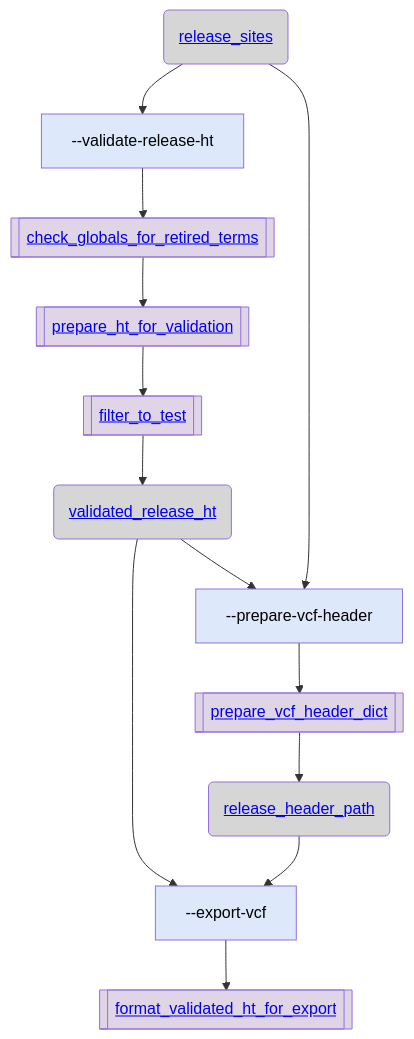
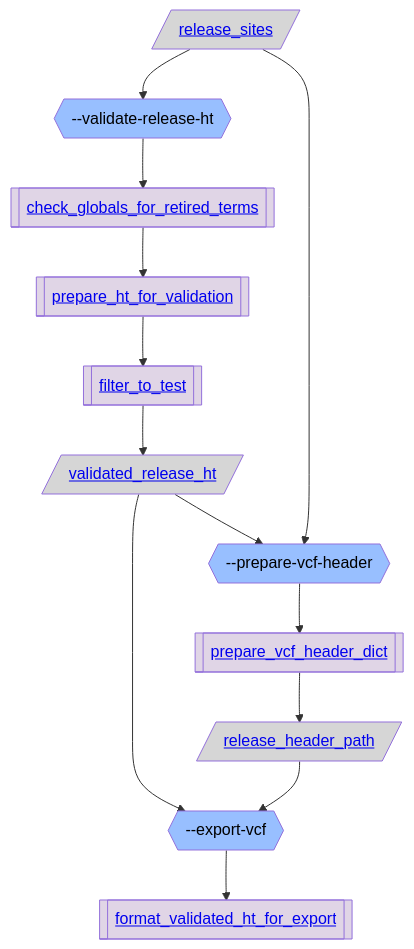
Before and after one commit to broadinstitute/gnomad_qc: the third of 3 diagrams in gnomad_qc/v4/create_release/README.md, drawn with Mermaid. The commit also changed other lines of this file and 4 other files, not shown here.

````diff
--- a/gnomad_qc/v4/create_release/README.md
+++ b/gnomad_qc/v4/create_release/README.md
@@ -97,34 +97,34 @@
 ```mermaid
 flowchart TB;
   classDef script_color fill:#2C5D4A,color:#000000
-  classDef step_color fill:#DDE9FB,color:#000000
+  classDef step_color fill:#98BFFF,color:#000000
   classDef func_color fill:#E0D5E6,color:#000000
   classDef gnomad_methods_color fill:#F9F2CE,color:#000000
   classDef hail_color fill:#FAEACE,color:#000000
   classDef resource_color fill:#D6D6D6,color:#000000
   classDef validity_check_color fill:#2C5D4A,color:#000000
 
-  resource_release_sites("<a href='https://github.com/broadinstitute/gnomad_qc/tree/main/gnomad_qc/v4/resources/release.py#L172'>release_sites</a>"):::resource_color;
-  step_validate_release_ht["--validate-release-ht"]:::step_color;
+  resource_release_sites[/"<a href='https://github.com/broadinstitute/gnomad_qc/tree/main/gnomad_qc/v4/resources/release.py#L172'>release_sites</a>"/]:::resource_color;
+  step_validate_release_ht{{"--validate-release-ht"}}:::step_color;
   func_check_globals_for_retired_terms[["<a href='https://github.com/broadinstitute/gnomad_qc/tree/main/gnomad_qc/v4/create_release/validate_and_export_vcf.py#L892'>check_globals_for_retired_terms</a>"]]:::func_color;
   func_prepare_ht_for_validation[["<a href='https://github.com/broadinstitute/gnomad_qc/tree/main/gnomad_qc/v4/create_release/validate_and_export_vcf.py#L481'>prepare_ht_for_validation</a>"]]:::func_color;
   func_filter_to_test[["<a href='https://github.com/broadinstitute/gnomad_qc/tree/main/gnomad_qc/v4/sample_qc/interval_qc.py#L92'>filter_to_test</a>"]]:::func_color;
-  resource_validated_release_ht("<a href='https://github.com/broadinstitute/gnomad_qc/tree/main/gnomad_qc/v4/resources/release.py#L384'>validated_release_ht</a>"):::resource_color;
-  step_prepare_vcf_header["--prepare-vcf-header"]:::step_color;
+  resource_validated_release_ht[/"<a href='https://github.com/broadinstitute/gnomad_qc/tree/main/gnomad_qc/v4/resources/release.py#L384'>validated_release_ht</a>"/]:::resource_color;
+  step_prepare_vcf_header{{"--prepare-vcf-header"}}:::step_color;
   func_prepare_vcf_header_dict[["<a href='https://github.com/broadinstitute/gnomad_qc/tree/main/gnomad_qc/v4/create_release/validate_and_export_vcf.py#L730'>prepare_vcf_header_dict</a>"]]:::func_color;
-  step_export_vcf["--export-vcf"]:::step_color;
+  step_export_vcf{{"--export-vcf"}}:::step_color;
   func_format_validated_ht_for_export[["<a href='https://github.com/broadinstitute/gnomad_qc/tree/main/gnomad_qc/v4/create_release/validate_and_export_vcf.py#L808'>format_validated_ht_for_export</a>"]]:::func_color;
-  resource_release_header_path("<a href='https://github.com/broadinstitute/gnomad_qc/tree/main/gnomad_qc/v4/resources/release.py#L229'>release_header_path</a>"):::resource_color;
+  resource_release_header_path[/"<a href='https://github.com/broadinstitute/gnomad_qc/tree/main/gnomad_qc/v4/resources/release.py#L229'>release_header_path</a>"/]:::resource_color;
   resource_release_sites --> step_validate_release_ht;
   step_validate_release_ht --> func_check_globals_for_retired_terms;
   func_check_globals_for_retired_terms --> func_prepare_ht_for_validation;
   func_prepare_ht_for_validation --> func_filter_to_test;
   func_filter_to_test --> resource_validated_release_ht;
   resource_validated_release_ht --> step_prepare_vcf_header;
   step_prepare_vcf_header --> func_prepare_vcf_header_dict;
   resource_release_sites --> step_prepare_vcf_header;
   resource_validated_release_ht --> step_export_vcf;
   step_export_vcf --> func_format_validated_ht_for_export;
   func_prepare_vcf_header_dict --> resource_release_header_path;
   resource_release_header_path --> step_export_vcf;
 ```
````
